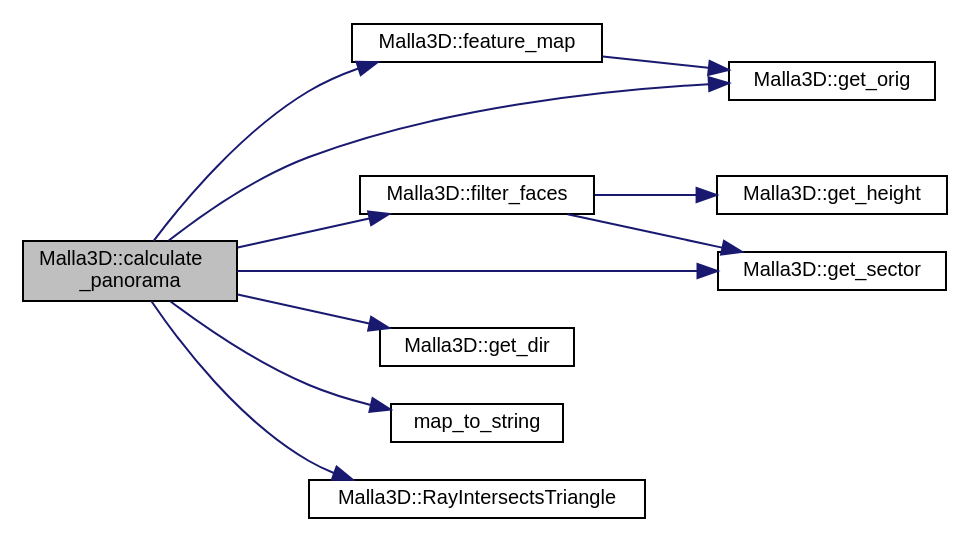
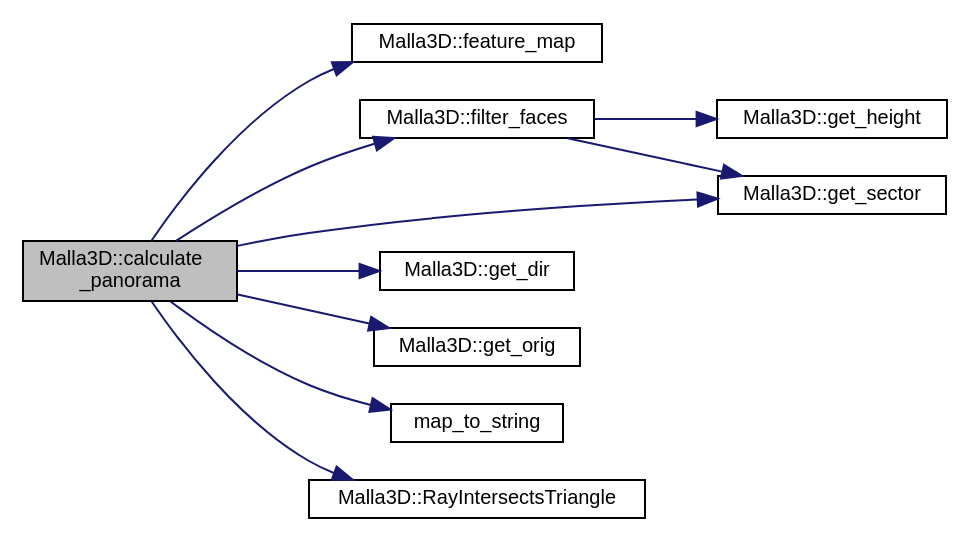
Before and after one commit to Alexmnzlms/panorama_extended: the diagram in classMalla3D_a62a468f594ed9248bfb756207d79bca9_cgraph.dot, drawn with Graphviz. The commit also changed 5 other files, not shown here.

```diff
--- a/classMalla3D_a62a468f594ed9248bfb756207d79bca9_cgraph.dot
+++ b/classMalla3D_a62a468f594ed9248bfb756207d79bca9_cgraph.dot
@@ -1,26 +1,25 @@
 digraph "Malla3D::calculate_panorama"
 {
  // LATEX_PDF_SIZE
   edge [fontname="Helvetica",fontsize="10",labelfontname="Helvetica",labelfontsize="10"];
   node [fontname="Helvetica",fontsize="10",shape=record];
   rankdir="LR";
   Node1 [label="Malla3D::calculate\l_panorama",height=0.2,width=0.4,color="black", fillcolor="grey75", style="filled", fontcolor="black",tooltip="Calculate PANORAMA [extended] representation of the 3D mesh."];
   Node1 -> Node2 [color="midnightblue",fontsize="10",style="solid",fontname="Helvetica"];
-  Node2 [label="Malla3D::feature_map",height=0.2,width=0.4,color="black", fillcolor="white", style="filled",URL="$classMalla3D.html#a53eb9ced89bed71cde349000139cecda",tooltip="Compute the feature map specified ."];
-  Node2 -> Node3 [color="midnightblue",fontsize="10",style="solid",fontname="Helvetica"];
-  Node3 [label="Malla3D::get_orig",height=0.2,width=0.4,color="black", fillcolor="white", style="filled",URL="$classMalla3D.html#ac1801ab429f5d4531a48016d8629efce",tooltip="Get origin of ray based on axis and height."];
-  Node1 -> Node4 [color="midnightblue",fontsize="10",style="solid",fontname="Helvetica"];
-  Node4 [label="Malla3D::filter_faces",height=0.2,width=0.4,color="black", fillcolor="white", style="filled",URL="$classMalla3D.html#a7ea87c0adeb5a82ff56d04088c78688b",tooltip="Separates the faces of the mesh according to their height and sector."];
-  Node4 -> Node5 [color="midnightblue",fontsize="10",style="solid",fontname="Helvetica"];
-  Node5 [label="Malla3D::get_height",height=0.2,width=0.4,color="black", fillcolor="white", style="filled",URL="$classMalla3D.html#a01febaaa4fb630d6c3b62590ff740e51",tooltip="Get height of a division of the cylinder."];
-  Node4 -> Node6 [color="midnightblue",fontsize="10",style="solid",fontname="Helvetica"];
-  Node6 [label="Malla3D::get_sector",height=0.2,width=0.4,color="black", fillcolor="white", style="filled",URL="$classMalla3D.html#a1bce49b0d0ef934299b68cd8f29626f6",tooltip="Get sector of a point."];
+  Node2 [label="Malla3D::feature_map",height=0.2,width=0.4,color="black", fillcolor="white", style="filled",URL="$classMalla3D.html#af31e0135d4e38023e1cb13784247c7d3",tooltip="Compute the feature map specified ."];
+  Node1 -> Node3 [color="midnightblue",fontsize="10",style="solid",fontname="Helvetica"];
+  Node3 [label="Malla3D::filter_faces",height=0.2,width=0.4,color="black", fillcolor="white", style="filled",URL="$classMalla3D.html#a7ea87c0adeb5a82ff56d04088c78688b",tooltip="Separates the faces of the mesh according to their height and sector."];
+  Node3 -> Node4 [color="midnightblue",fontsize="10",style="solid",fontname="Helvetica"];
+  Node4 [label="Malla3D::get_height",height=0.2,width=0.4,color="black", fillcolor="white", style="filled",URL="$classMalla3D.html#a01febaaa4fb630d6c3b62590ff740e51",tooltip="Get height of a division of the cylinder."];
+  Node3 -> Node5 [color="midnightblue",fontsize="10",style="solid",fontname="Helvetica"];
+  Node5 [label="Malla3D::get_sector",height=0.2,width=0.4,color="black", fillcolor="white", style="filled",URL="$classMalla3D.html#a1bce49b0d0ef934299b68cd8f29626f6",tooltip="Get sector of a point."];
+  Node1 -> Node6 [color="midnightblue",fontsize="10",style="solid",fontname="Helvetica"];
+  Node6 [label="Malla3D::get_dir",height=0.2,width=0.4,color="black", fillcolor="white", style="filled",URL="$classMalla3D.html#a6316e6fd15009373da175d7e8a7dd978",tooltip="Get direction of ray based on axis and angle."];
   Node1 -> Node7 [color="midnightblue",fontsize="10",style="solid",fontname="Helvetica"];
-  Node7 [label="Malla3D::get_dir",height=0.2,width=0.4,color="black", fillcolor="white", style="filled",URL="$classMalla3D.html#a6316e6fd15009373da175d7e8a7dd978",tooltip="Get direction of ray based on axis and angle."];
-  Node1 -> Node3 [color="midnightblue",fontsize="10",style="solid",fontname="Helvetica"];
-  Node1 -> Node6 [color="midnightblue",fontsize="10",style="solid",fontname="Helvetica"];
+  Node7 [label="Malla3D::get_orig",height=0.2,width=0.4,color="black", fillcolor="white", style="filled",URL="$classMalla3D.html#ac1801ab429f5d4531a48016d8629efce",tooltip="Get origin of ray based on axis and height."];
+  Node1 -> Node5 [color="midnightblue",fontsize="10",style="solid",fontname="Helvetica"];
   Node1 -> Node8 [color="midnightblue",fontsize="10",style="solid",fontname="Helvetica"];
   Node8 [label="map_to_string",height=0.2,width=0.4,color="black", fillcolor="white", style="filled",URL="$aux_8h.html#aee40fe119b557ef2e8c1b596fd28c0b5",tooltip="Convert enum Map to std::string c++ type."];
   Node1 -> Node9 [color="midnightblue",fontsize="10",style="solid",fontname="Helvetica"];
   Node9 [label="Malla3D::RayIntersectsTriangle",height=0.2,width=0.4,color="black", fillcolor="white", style="filled",URL="$classMalla3D.html#a16cfe88c11a5a9ab468833cc412b4ba3",tooltip="Compute Ray-Triangle Intersection using Möller-Trumbore algorithm."];
 }
```
